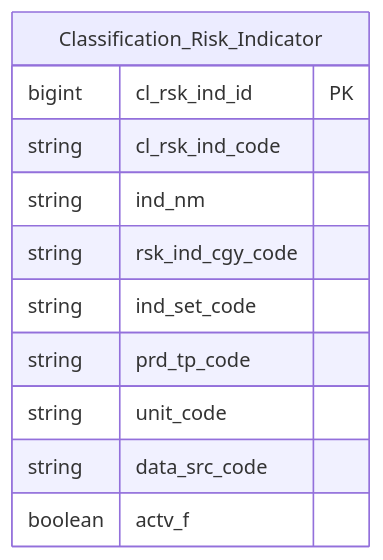
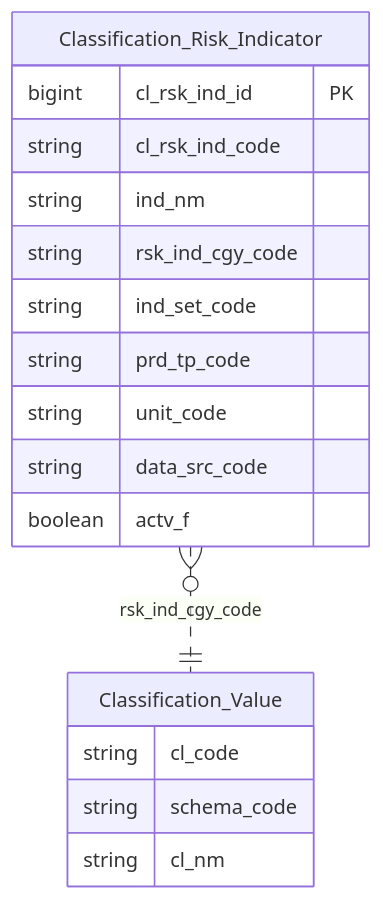
Before and after one commit to linhlvit/ubck_atomic_design: the second of 2 diagrams in DataModel/working/Atomic/hld/MRMS_HLD_Tier1.md, drawn with Mermaid. The commit also changed other lines of this file and 351 other files, not shown here.

````diff
--- a/DataModel/working/Atomic/hld/MRMS_HLD_Tier1.md
+++ b/DataModel/working/Atomic/hld/MRMS_HLD_Tier1.md
@@ -42,14 +43,22 @@
 ```mermaid
 erDiagram
     Classification_Risk_Indicator {
         bigint cl_rsk_ind_id PK
         string cl_rsk_ind_code
         string ind_nm
         string rsk_ind_cgy_code
         string ind_set_code
         string prd_tp_code
         string unit_code
         string data_src_code
         boolean actv_f
     }
+
+    Classification_Value {
+        string cl_code
+        string schema_code
+        string cl_nm
+    }
+
+    Classification_Risk_Indicator }o..|| Classification_Value : "rsk_ind_cgy_code"
 ```
````
